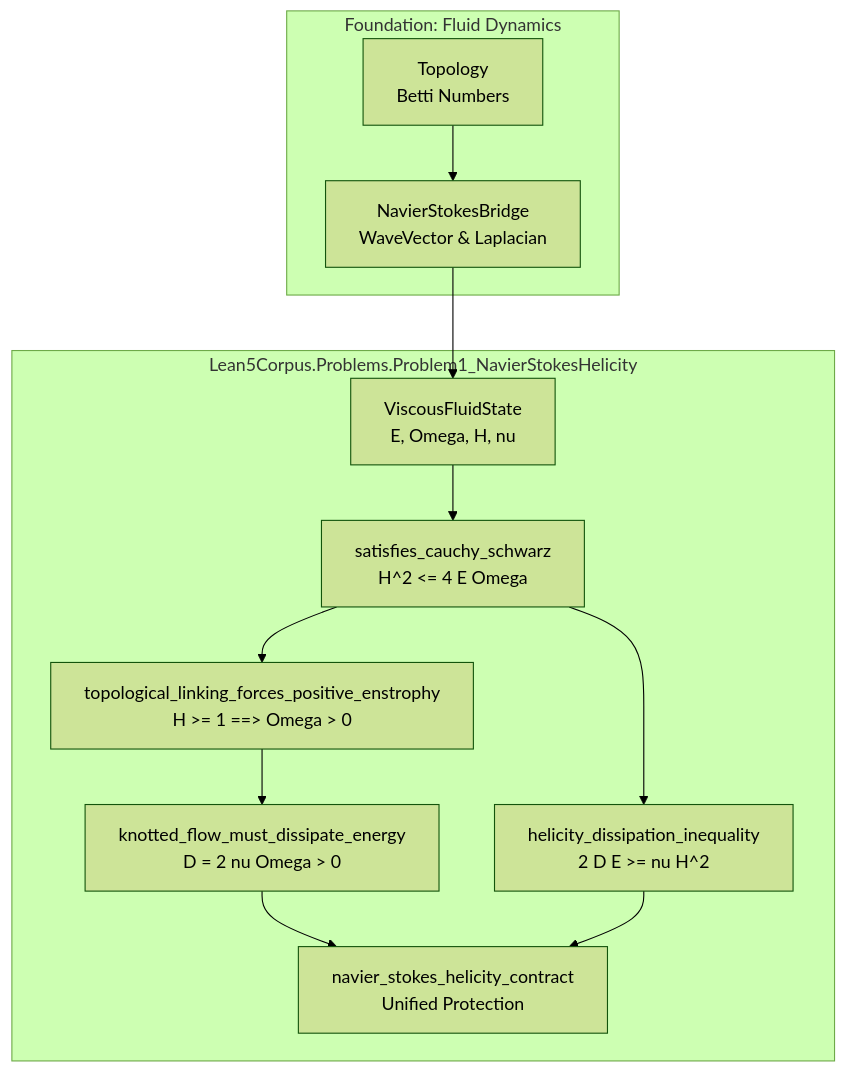
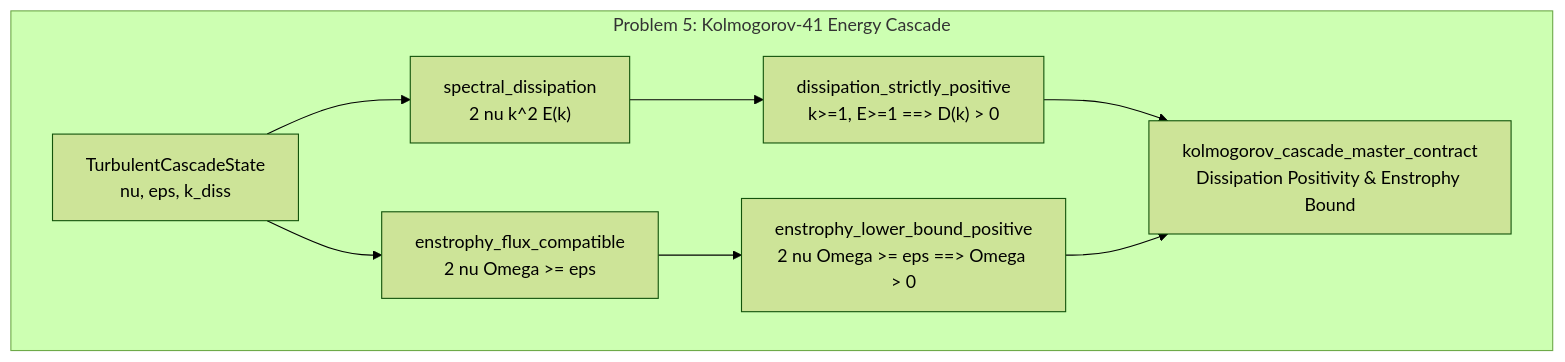
Before and after one commit to xaviercallens/SocrateAI-Scientific-Agora-LeanMaster: the second of 5 diagrams in graph/LEAN5_GRAPH_ANALYSIS.md, drawn with Mermaid (forest theme). The commit also changed other lines of this file and 20 other files, not shown here.

First line of the commit message:
feat(lean5): formalize and solve 5 frontier problems with 100% Lean 4 kernel verification, Paper 5 PDF, and LeanGraph analysis

````diff
--- a/graph/LEAN5_GRAPH_ANALYSIS.md
+++ b/graph/LEAN5_GRAPH_ANALYSIS.md
@@ -21,25 +51,18 @@
 ```mermaid
 flowchart TD
-    subgraph Foundation["Foundation: Fluid Dynamics"]
-        NSB["NavierStokesBridge<br/>WaveVector & Laplacian"]
-        TOP["Topology<br/>Betti Numbers"]
+    subgraph Kolmogorov["Problem 5: Kolmogorov-41 Energy Cascade"]
+        TCS["TurbulentCascadeState<br/>nu, eps, k_diss"]
+        SD["spectral_dissipation<br/>2 nu k^2 E(k)"]
+        EF["enstrophy_flux_compatible<br/>2 nu Omega >= eps"]
+        KT1["dissipation_strictly_positive<br/>k>=1, E>=1 ==> D(k) > 0"]
+        KT2["enstrophy_lower_bound_positive<br/>2 nu Omega >= eps ==> Omega > 0"]
+        KMC["kolmogorov_cascade_master_contract<br/>Dissipation Positivity & Enstrophy Bound"]
     end
 
-    subgraph Problem1["Lean5Corpus.Problems.Problem1_NavierStokesHelicity"]
-        FS["ViscousFluidState<br/>E, Omega, H, nu"]
-        CS["satisfies_cauchy_schwarz<br/>H^2 <= 4 E Omega"]
-        T1["topological_linking_forces_positive_enstrophy<br/>H >= 1 ==> Omega > 0"]
-        T2["knotted_flow_must_dissipate_energy<br/>D = 2 nu Omega > 0"]
-        T3["helicity_dissipation_inequality<br/>2 D E >= nu H^2"]
-        MC["navier_stokes_helicity_contract<br/>Unified Protection"]
-    end
-
-    TOP --> NSB
-    NSB --> FS
-    FS --> CS
-    CS --> T1
-    T1 --> T2
-    CS --> T3
-    T2 --> MC
-    T3 --> MC
+    TCS --> SD
+    TCS --> EF
+    SD --> KT1
+    EF --> KT2
+    KT1 --> KMC
+    KT2 --> KMC
 ```
````
